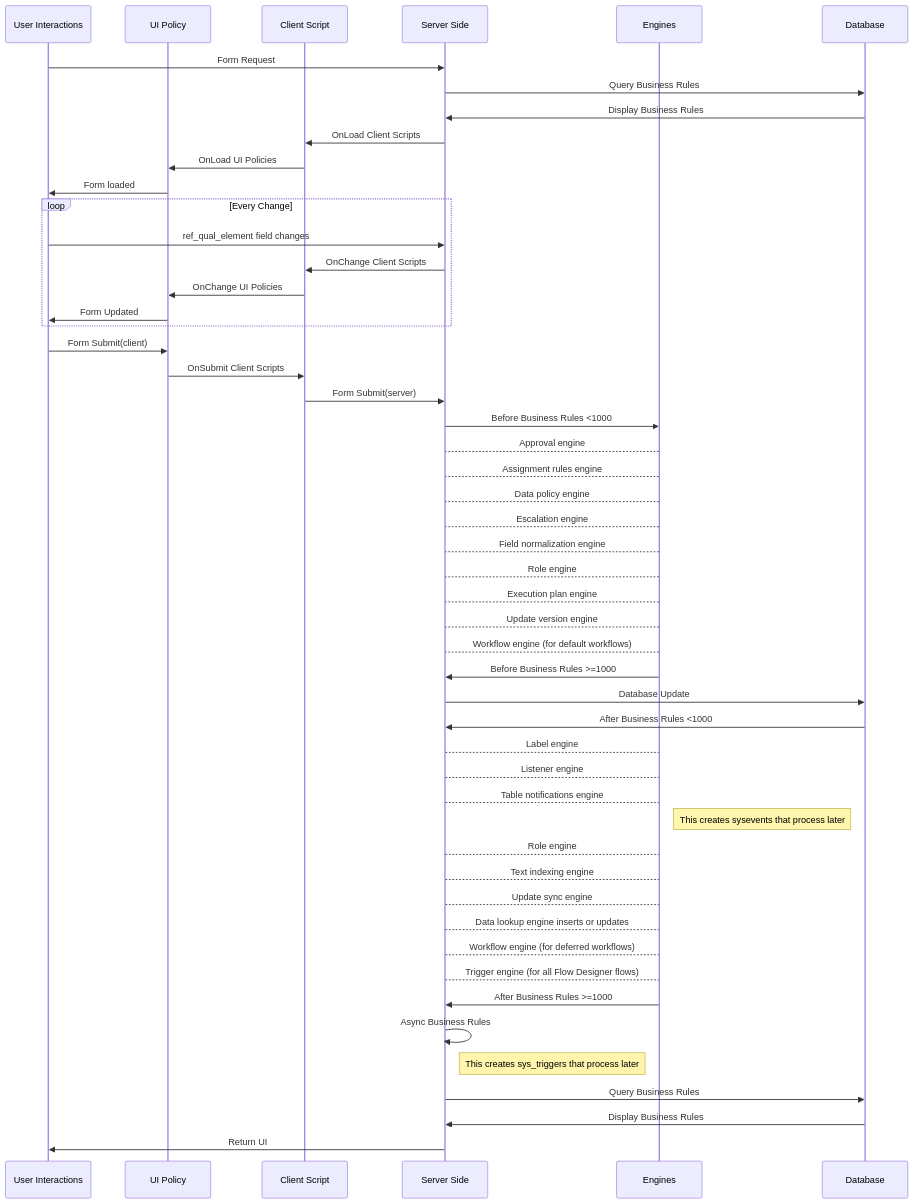
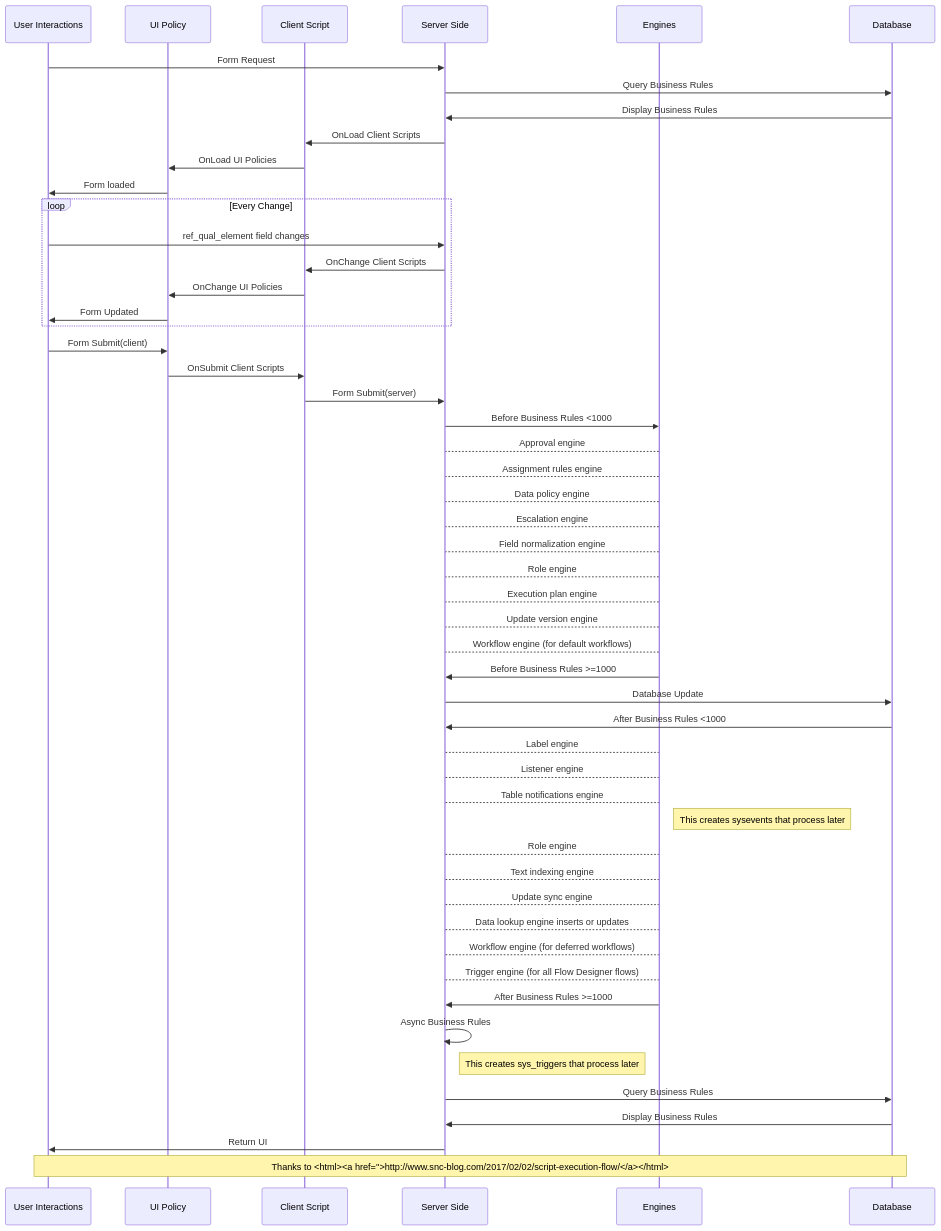
Before and after one commit to jacebenson/workflow: the diagram in public/mmd/BusinessRuleOrderSequence.mmd, drawn with Mermaid.

```diff
--- a/public/mmd/BusinessRuleOrderSequence.mmd
+++ b/public/mmd/BusinessRuleOrderSequence.mmd
@@ -1,51 +1,53 @@
 sequenceDiagram
     participant uxux as User Interactions
     participant csup as UI Policy
     participant cscs as Client Script
     participant ssss as Server Side
     participant eeee as Engines
     participant dbdb as Database
     uxux->>ssss: Form Request
     ssss->>dbdb: Query Business Rules
     dbdb->>ssss: Display Business Rules
     ssss->>cscs: OnLoad Client Scripts
     cscs->>csup: OnLoad UI Policies
     csup->>uxux: Form loaded
     loop Every Change
         uxux->>ssss: ref_qual_element field changes
         ssss->>cscs: OnChange Client Scripts
         cscs->>csup: OnChange UI Policies
         csup->>uxux: Form Updated
     end
     uxux->>csup: Form Submit(client)
     csup->>cscs: OnSubmit Client Scripts
     cscs->>ssss: Form Submit(server)
     ssss->>eeee: Before Business Rules <1000
     eeee-->ssss: Approval engine
     eeee-->ssss: Assignment rules engine
     eeee-->ssss: Data policy engine
     eeee-->ssss: Escalation engine
     eeee-->ssss: Field normalization engine
     eeee-->ssss: Role engine
     eeee-->ssss: Execution plan engine
     eeee-->ssss: Update version engine
     eeee-->ssss: Workflow engine (for default workflows)
     eeee->>ssss: Before Business Rules >=1000
     ssss->>dbdb: Database Update
     dbdb->>ssss: After Business Rules <1000
     ssss-->eeee: Label engine
     ssss-->eeee: Listener engine
     ssss-->eeee: Table notifications engine
     Note right of eeee: This creates sysevents that process later
     ssss-->eeee: Role engine
     ssss-->eeee: Text indexing engine
     ssss-->eeee: Update sync engine
     ssss-->eeee: Data lookup engine inserts or updates
     ssss-->eeee: Workflow engine (for deferred workflows)
     ssss-->eeee: Trigger engine (for all Flow Designer flows)
     eeee->>ssss: After Business Rules >=1000
     ssss->>ssss: Async Business Rules
     Note right of ssss: This creates sys_triggers that process later
     ssss->>dbdb: Query Business Rules
     dbdb->>ssss: Display Business Rules
     ssss->>uxux: Return UI
+
+Note over uxux,dbdb: Thanks to <html><a href="">http://www.snc-blog.com/2017/02/02/script-execution-flow/</a></html>
```
